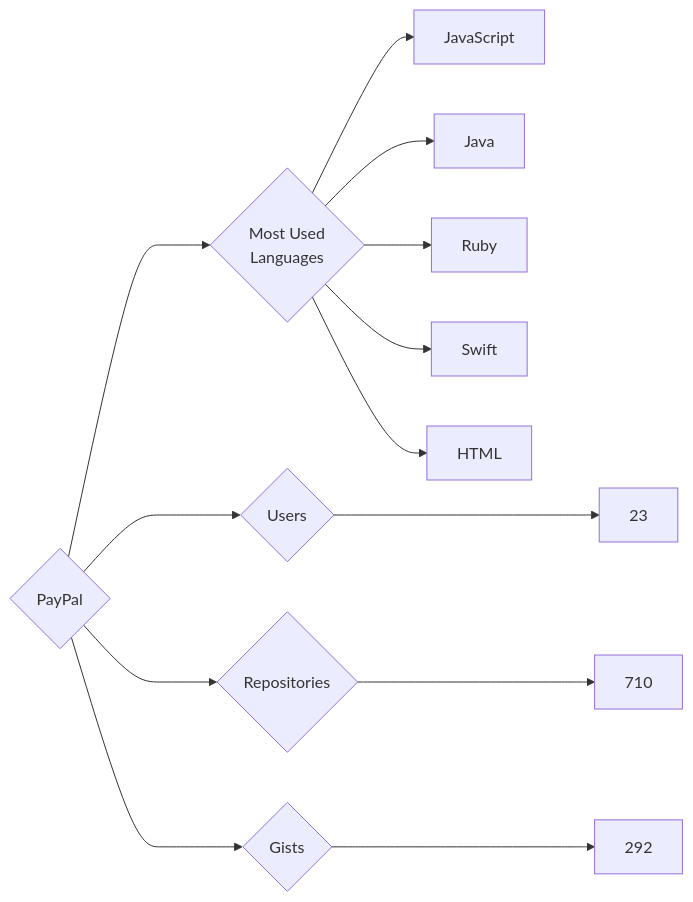
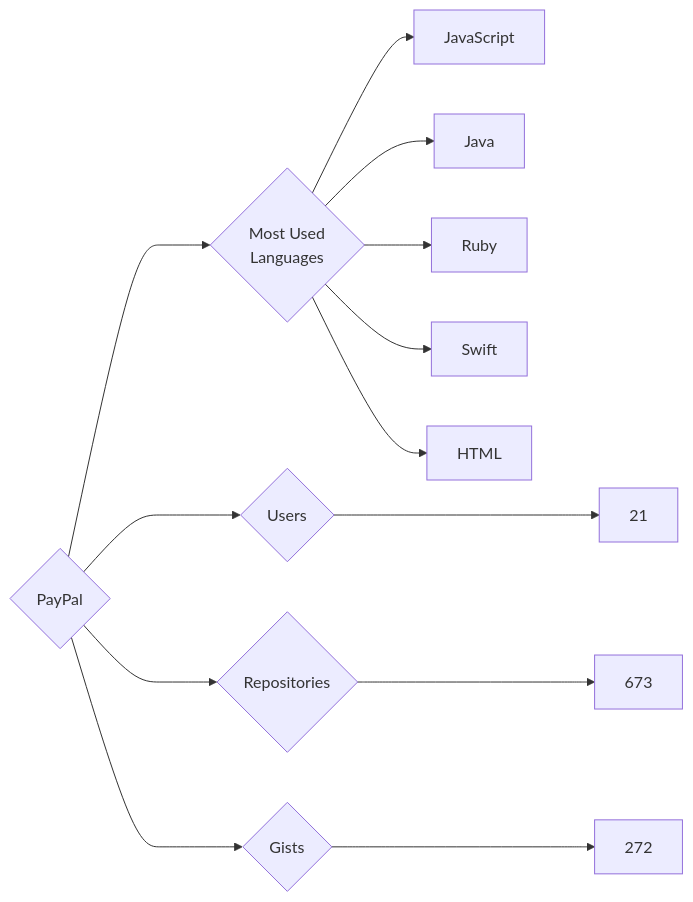
One commit to trickest/insiders changed the diagram in targets/PayPal/README.md. Above: the diagram before and after it, drawn with Mermaid. The commit also changed 871 other files, not shown here.

````diff
--- a/targets/PayPal/README.md
+++ b/targets/PayPal/README.md
@@ -3,13 +3,13 @@
 ```mermaid
 graph LR
 COMPANY_NAME{PayPal}
-COMPANY_NAME ---> U{Users} ---> UN[23]
-COMPANY_NAME ---> R{Repositories} ---> RN[710]
-COMPANY_NAME ---> G{Gists} ---> GN[292]
+COMPANY_NAME ---> U{Users} ---> UN[21]
+COMPANY_NAME ---> R{Repositories} ---> RN[673]
+COMPANY_NAME ---> G{Gists} ---> GN[272]
 COMPANY_NAME ---> ML{Most Used<br>Languages}
 ML --> JavaScript[JavaScript]
 ML --> Java[Java]
 ML --> Ruby[Ruby]
 ML --> Swift[Swift]
 ML --> HTML[HTML]
 ```
````
